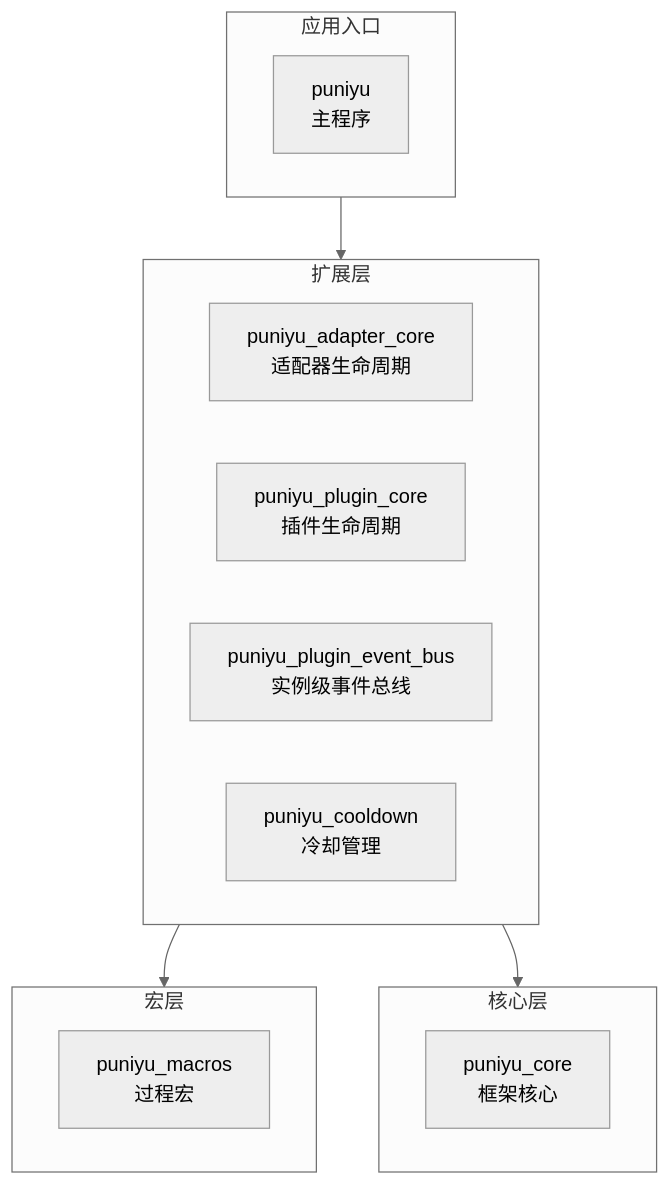
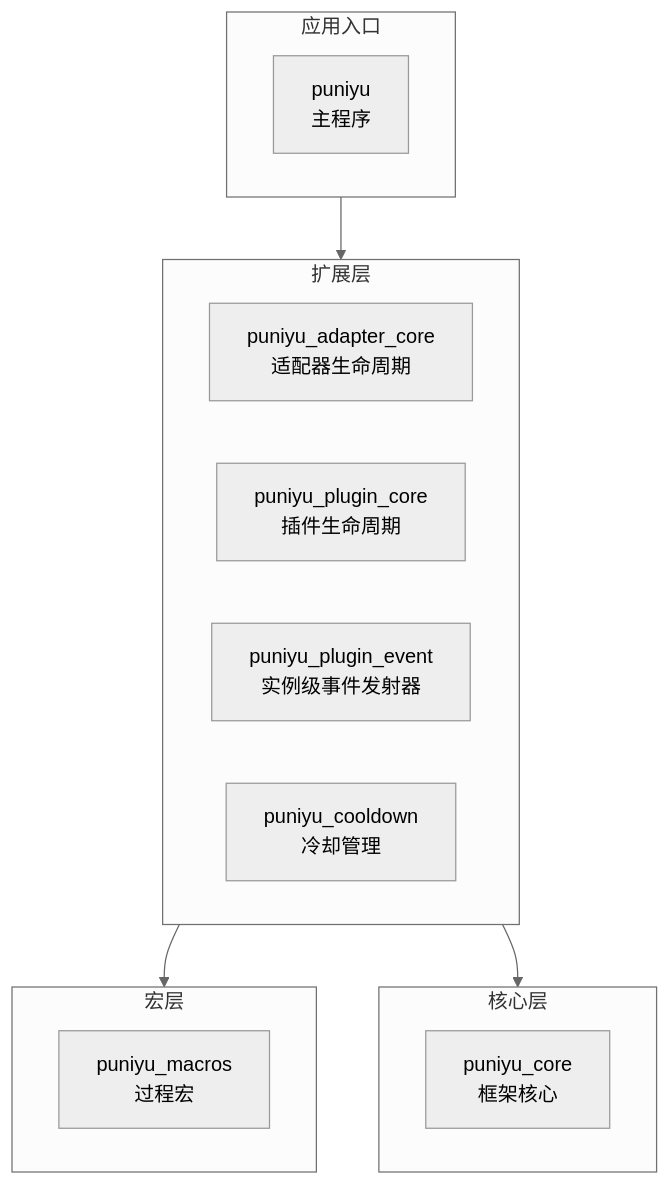
The diagram in README.md (puniyu/puniyu), drawn with Mermaid (neutral theme) before and after one commit. The commit also changed other lines of this file and 20 other files, not shown here.

````diff
--- a/README.md
+++ b/README.md
@@ -103,29 +103,29 @@
 ```mermaid
 graph TB
     subgraph Binary["应用入口"]
         direction LR
         Main["puniyu<br>主程序"]
     end
 
     subgraph ExtLayer["扩展层"]
         direction LR
         Adapter["puniyu_adapter_core<br>适配器生命周期"]
         Plugin["puniyu_plugin_core<br>插件生命周期"]
-        EventBus["puniyu_plugin_event_bus<br>实例级事件总线"]
+        EventEmitter["puniyu_plugin_event<br>实例级事件发射器"]
         Cooldown["puniyu_cooldown<br>冷却管理"]
     end
 
     subgraph MacroLayer["宏层"]
         direction LR
         Macros["puniyu_macros<br>过程宏"]
     end
 
     subgraph CoreLayer["核心层"]
         direction LR
         Core["puniyu_core<br>框架核心"]
     end
 
     Binary --> ExtLayer
     ExtLayer --> MacroLayer
     ExtLayer --> CoreLayer
 ```
````
